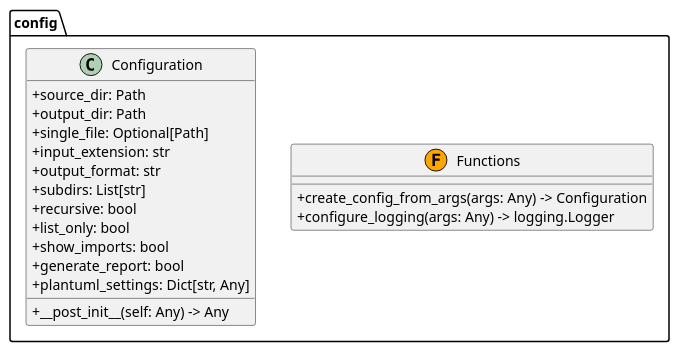
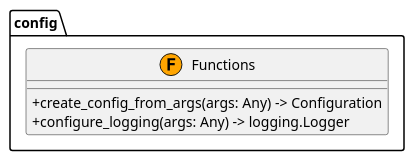
The diagram in docs/source/_generated_uml/uml_generator/config.puml (jswans33/my-full-stack-fastapi-template), drawn with PlantUML before and after one commit. The commit also changed 32 other files, not shown here.

Commit message:
added sequence generator

```diff
--- a/docs/source/_generated_uml/uml_generator/config.puml
+++ b/docs/source/_generated_uml/uml_generator/config.puml
@@ -1,26 +1,12 @@
 @startuml
 skinparam classAttributeIconSize 0
 
 package "config" {
   class Functions <<(F,orange)>> {
     +create_config_from_args(args: Any) -> Configuration
     +configure_logging(args: Any) -> logging.Logger
   }
-  class Configuration {
-    +source_dir: Path
-    +output_dir: Path
-    +single_file: Optional[Path]
-    +input_extension: str
-    +output_format: str
-    +subdirs: List[str]
-    +recursive: bool
-    +list_only: bool
-    +show_imports: bool
-    +generate_report: bool
-    +plantuml_settings: Dict[str, Any]
-    +__post_init__(self: Any) -> Any
-  }
 }
 
 ' Relationships
 @enduml
```
